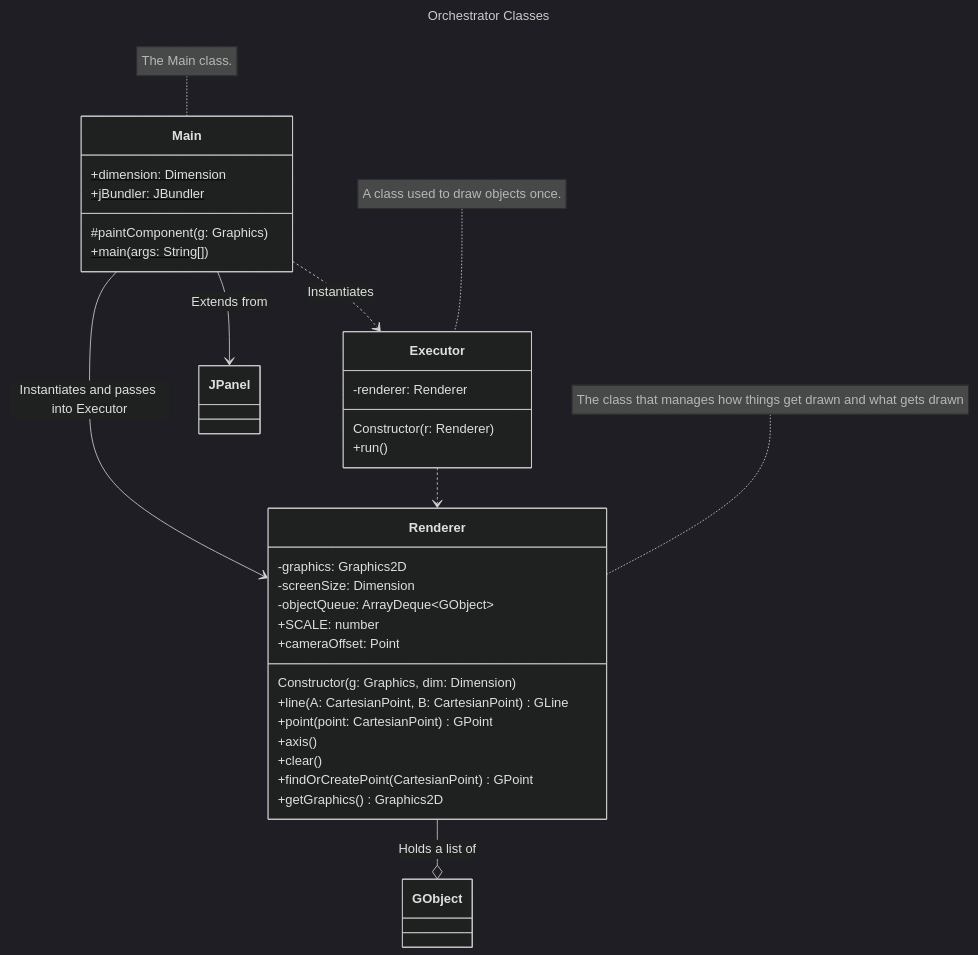
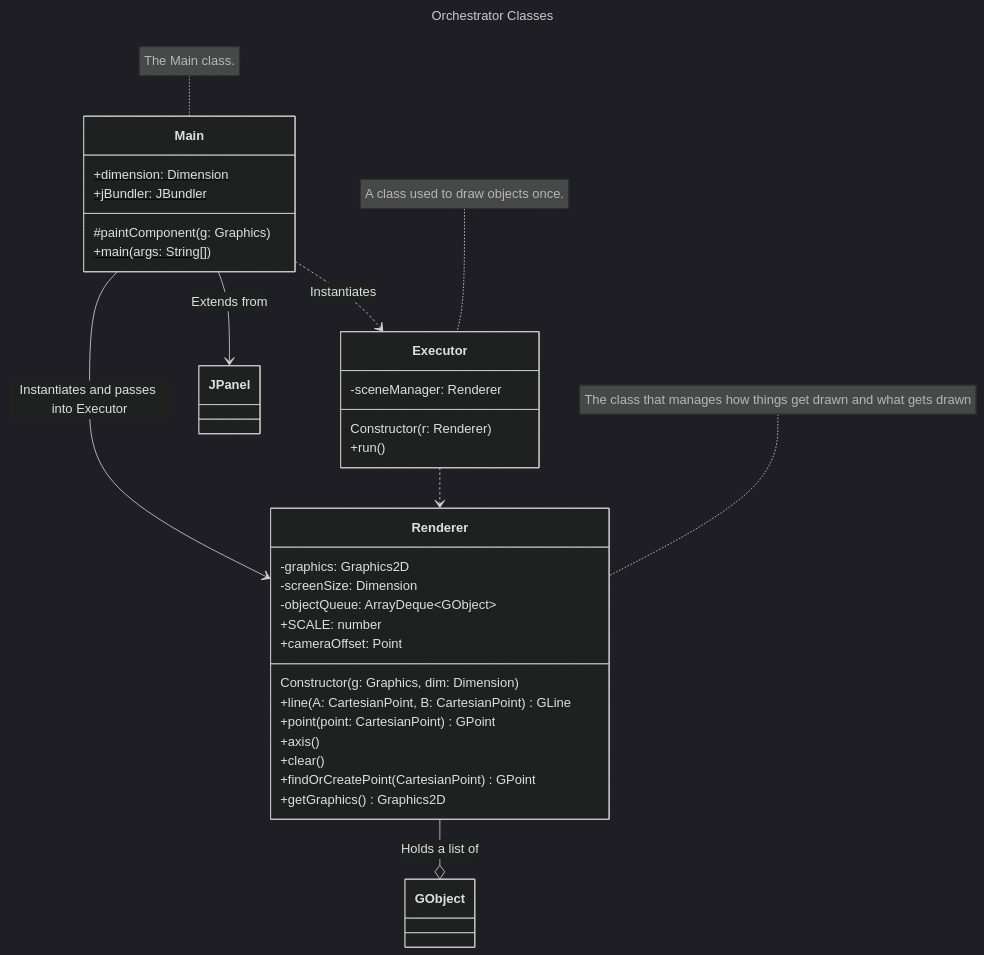
Before and after one commit to yetnt/j3engine: the second of 6 diagrams in impl.md, drawn with Mermaid (dark theme). The commit also changed other lines of this file and 41 other files, not shown here.

First line of the commit message:
refactor(engine): Rename Renderer to SceneManager

````diff
--- a/impl.md
+++ b/impl.md
@@ -103,40 +103,40 @@
 ```mermaid
 ---
 title: Orchestrator Classes
 ---
 classDiagram
     Main ..> Executor : Instantiates
     Executor ..> Renderer
     Main --> Renderer : Instantiates and passes into Executor
     Main --> JPanel : Extends from
     Renderer --o GObject : Holds a list of 
     note for Executor "A class used to draw objects once."
     note for Renderer "The class that manages how things get drawn and what gets drawn"
     note for Main "The Main class."
     
     class Executor {
-        -renderer: Renderer
+        -sceneManager: Renderer
         Constructor(r: Renderer)
         +run()
     }
     class Main {
         +dimension: Dimension$
         +jBundler: JBundler$
         #paintComponent(g: Graphics)
         +main(args: String[])$
     }
     class Renderer {
         -graphics: Graphics2D
         -screenSize: Dimension
         -objectQueue: ArrayDeque~GObject~
         +SCALE: number
         +cameraOffset: Point
         Constructor(g: Graphics, dim: Dimension)
         +line(A: CartesianPoint, B: CartesianPoint) GLine
         +point(point: CartesianPoint) GPoint
         +axis()
         +clear()
         +findOrCreatePoint(CartesianPoint) GPoint
         +getGraphics() Graphics2D
     }
 ```
````
